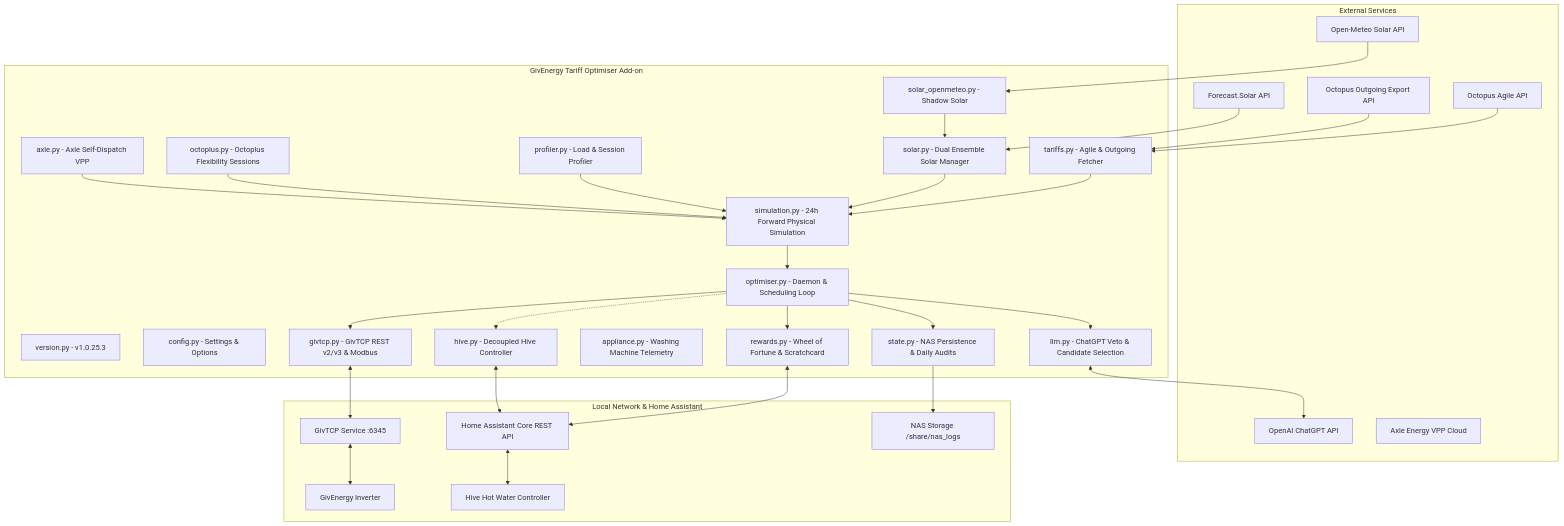
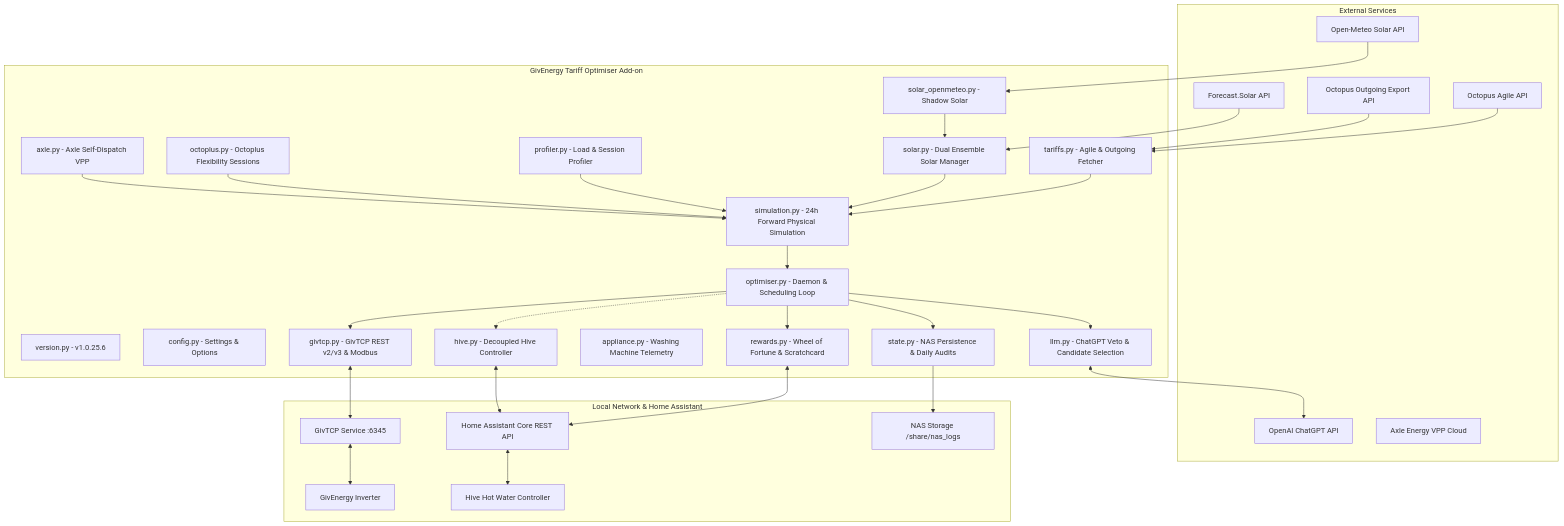
The first of 3 diagrams in ha-addon/SPECIFICATION.md (revhawk/GivEnergy_Tracker), drawn with Mermaid before and after one commit. The commit also changed other lines of this file and 4 other files, not shown here.

Commit message:
docs: standardize all Mermaid diagrams with quoted labels, clean line breaks, and ADR-0017 winter policy

````diff
--- a/ha-addon/SPECIFICATION.md
+++ b/ha-addon/SPECIFICATION.md
@@ -19,67 +19,67 @@
 ```mermaid
 graph TD
     subgraph External Services
-        Agile[Octopus Agile API]
-        Outgoing[Octopus Outgoing Export API]
-        FSolar[Forecast.Solar API]
-        OMeteo[Open-Meteo Solar API]
-        OpenAI[OpenAI ChatGPT API]
-        Axle_Cloud[Axle Energy VPP Cloud]
+        Agile["Octopus Agile API"]
+        Outgoing["Octopus Outgoing Export API"]
+        FSolar["Forecast.Solar API"]
+        OMeteo["Open-Meteo Solar API"]
+        OpenAI["OpenAI ChatGPT API"]
+        Axle_Cloud["Axle Energy VPP Cloud"]
     end
 
     subgraph GivEnergy Tariff Optimiser Add-on
-        Version[version.py - v1.0.25.3]
-        Config[config.py - Settings & Options]
-        Optimiser[optimiser.py - Daemon & Scheduling Loop]
-        SimEngine[simulation.py - 24h Forward Physical Simulation]
-        Tariff_Mod[tariffs.py - Agile & Outgoing Fetcher]
-        Solar_Mod[solar.py - Dual Ensemble Solar Manager]
-        Meteo_Mod[solar_openmeteo.py - Shadow Solar]
-        Profiler_Mod[profiler.py - Load & Session Profiler]
-        GivTCP_Mod[givtcp.py - GivTCP REST v2/v3 & Modbus]
-        Octoplus_Mod[octoplus.py - Octoplus Flexibility Sessions]
-        Axle_Mod[axle.py - Axle Self-Dispatch VPP]
-        Rewards_Mod[rewards.py - Wheel of Fortune & Scratchcard]
-        Appliance_Mod[appliance.py - Washing Machine Telemetry]
-        State_Mod[state.py - NAS Persistence & Daily Audits]
-        LLM_Mod[llm.py - ChatGPT Veto & Candidate Selection]
-        Hive_Mod[hive.py - Decoupled Hive Controller]
+        Version["version.py - v1.0.25.6"]
+        Config["config.py - Settings & Options"]
+        Optimiser["optimiser.py - Daemon & Scheduling Loop"]
+        SimEngine["simulation.py - 24h Forward Physical Simulation"]
+        Tariff_Mod["tariffs.py - Agile & Outgoing Fetcher"]
+        Solar_Mod["solar.py - Dual Ensemble Solar Manager"]
+        Meteo_Mod["solar_openmeteo.py - Shadow Solar"]
+        Profiler_Mod["profiler.py - Load & Session Profiler"]
+        GivTCP_Mod["givtcp.py - GivTCP REST v2/v3 & Modbus"]
+        Octoplus_Mod["octoplus.py - Octoplus Flexibility Sessions"]
+        Axle_Mod["axle.py - Axle Self-Dispatch VPP"]
+        Rewards_Mod["rewards.py - Wheel of Fortune & Scratchcard"]
+        Appliance_Mod["appliance.py - Washing Machine Telemetry"]
+        State_Mod["state.py - NAS Persistence & Daily Audits"]
+        LLM_Mod["llm.py - ChatGPT Veto & Candidate Selection"]
+        Hive_Mod["hive.py - Decoupled Hive Controller"]
     end
 
     subgraph Local Network & Home Assistant
-        GivTCP[GivTCP Service :6345]
-        Inverter[GivEnergy Inverter]
-        HA_API[Home Assistant Core REST API]
-        NAS_Share[NAS Storage /share/nas_logs]
-        Hive[Hive Hot Water Controller]
+        GivTCP["GivTCP Service :6345"]
+        Inverter["GivEnergy Inverter"]
+        HA_API["Home Assistant Core REST API"]
+        NAS_Share["NAS Storage /share/nas_logs"]
+        Hive["Hive Hot Water Controller"]
     end
 
     Agile --> Tariff_Mod
     Outgoing --> Tariff_Mod
     FSolar --> Solar_Mod
     OMeteo --> Meteo_Mod
     Meteo_Mod --> Solar_Mod
 
     Tariff_Mod --> SimEngine
     Solar_Mod --> SimEngine
     Profiler_Mod --> SimEngine
     Octoplus_Mod --> SimEngine
     Axle_Mod --> SimEngine
 
     SimEngine --> Optimiser
     Optimiser --> LLM_Mod
     LLM_Mod <--> OpenAI
     Optimiser --> GivTCP_Mod
     GivTCP_Mod <--> GivTCP
     GivTCP <--> Inverter
 
     Optimiser --> State_Mod
     State_Mod --> NAS_Share
 
     Optimiser --> Rewards_Mod
     Rewards_Mod <--> HA_API
 
     Optimiser -.-> Hive_Mod
     Hive_Mod <--> HA_API
     HA_API <--> Hive
 ```
````
